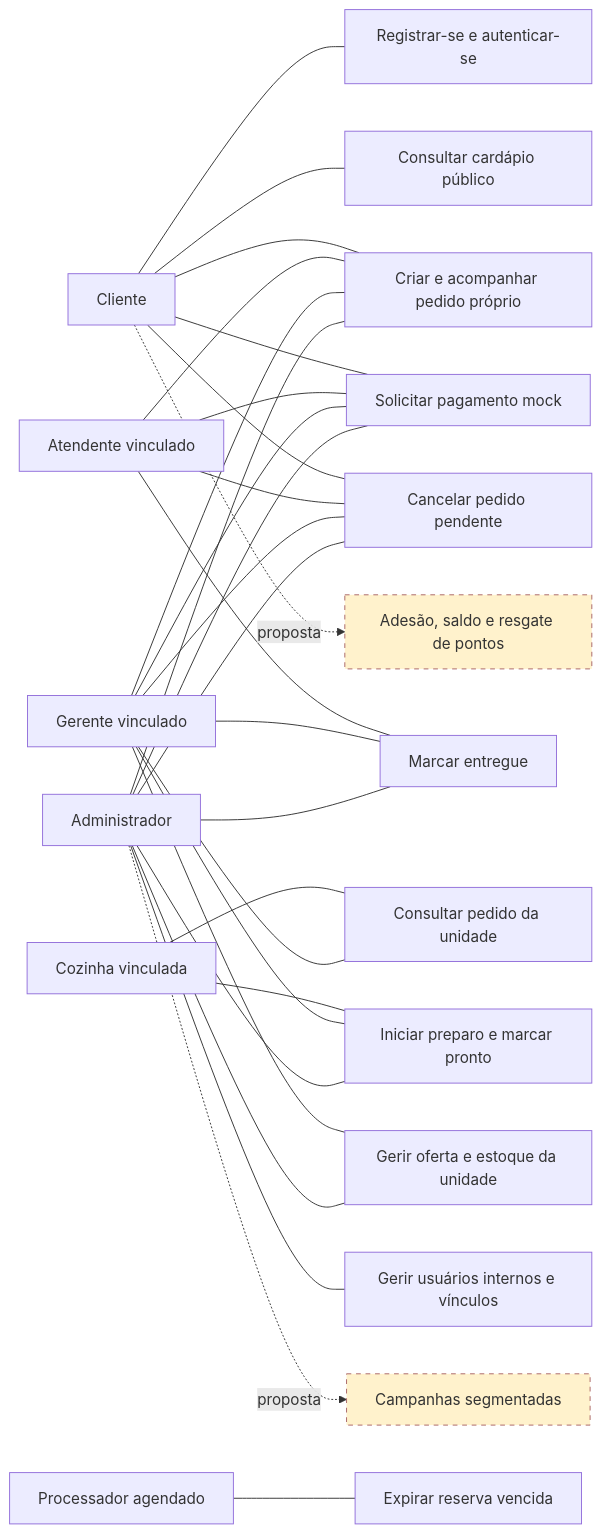
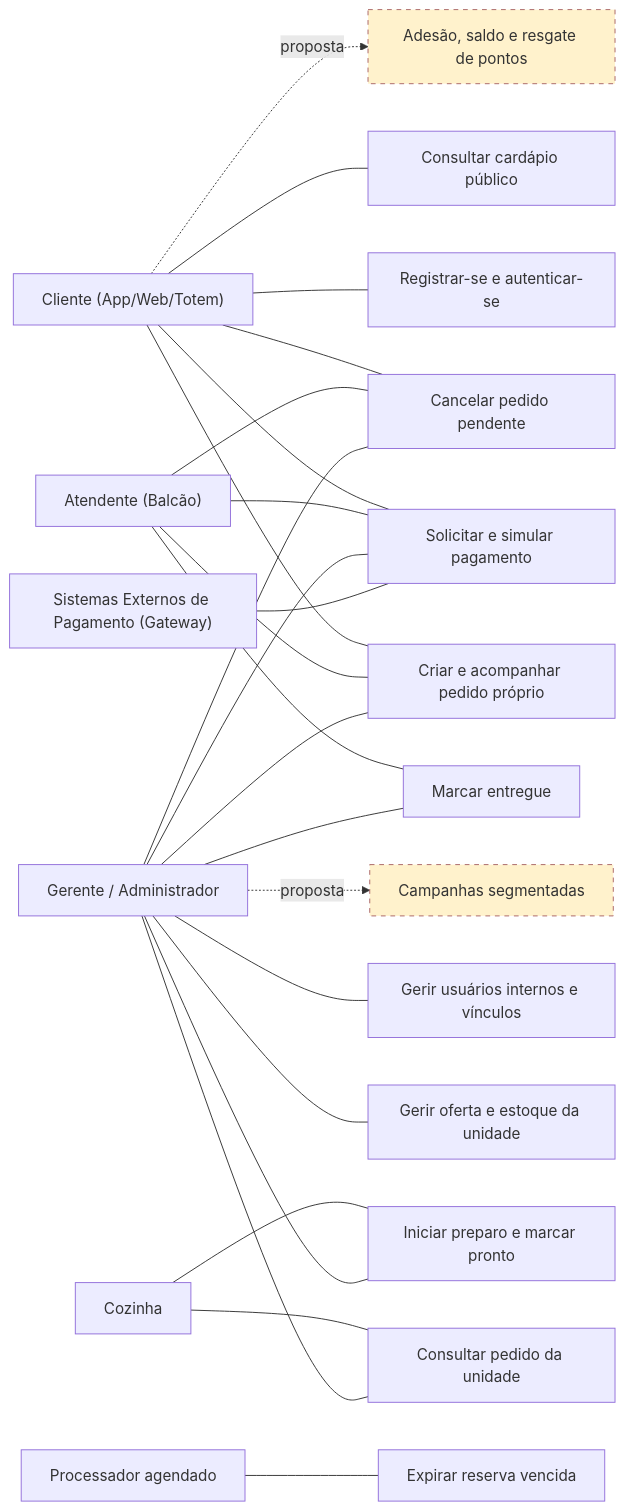
One commit to 1guilherme1python1/raizes-do-nordeste changed the diagram in docs/architecture/diagrams/use-cases.mmd. Above: the diagram before and after it, drawn with Mermaid.

Commit message:
docs(diagrams): atualiza fonte mermaid do diagrama de casos de uso

```diff
--- a/docs/architecture/diagrams/use-cases.mmd
+++ b/docs/architecture/diagrams/use-cases.mmd
@@ -1,31 +1,26 @@
 flowchart LR
-    cliente[Cliente] --- registro[Registrar-se e autenticar-se]
+    cliente["Cliente (App/Web/Totem)"] --- registro[Registrar-se e autenticar-se]
     cliente --- cardapio[Consultar cardápio público]
     cliente --- criar[Criar e acompanhar pedido próprio]
-    cliente --- pagar[Solicitar pagamento mock]
+    cliente --- pagar[Solicitar e simular pagamento]
     cliente --- cancelar[Cancelar pedido pendente]
-    atendente[Atendente vinculado] --- criar
+    atendente["Atendente (Balcão)"] --- criar
     atendente --- pagar
     atendente --- cancelar
     atendente --- entregar[Marcar entregue]
-    cozinha[Cozinha vinculada] --- consulta[Consultar pedido da unidade]
+    cozinha[Cozinha] --- consulta[Consultar pedido da unidade]
     cozinha --- preparo[Iniciar preparo e marcar pronto]
-    gerente[Gerente vinculado] --- consulta
+    gerente["Gerente / Administrador"] --- consulta
     gerente --- criar
     gerente --- pagar
     gerente --- cancelar
     gerente --- preparo
     gerente --- entregar
     gerente --- oferta[Gerir oferta e estoque da unidade]
-    admin[Administrador] --- oferta
-    admin --- criar
-    admin --- pagar
-    admin --- cancelar
-    admin --- preparo
-    admin --- entregar
-    admin --- administracao[Gerir usuários internos e vínculos]
+    gerente --- administracao[Gerir usuários internos e vínculos]
+    gateway["Sistemas Externos de Pagamento (Gateway)"] --- pagar
     sistema[Processador agendado] --- expirar[Expirar reserva vencida]
     cliente -. proposta .-> fidelidade[Adesão, saldo e resgate de pontos]
-    admin -. proposta .-> campanha[Campanhas segmentadas]
+    gerente -. proposta .-> campanha[Campanhas segmentadas]
     classDef proposta fill:#fff2cc,stroke:#a66,stroke-dasharray: 5 5
     class fidelidade,campanha proposta
```
